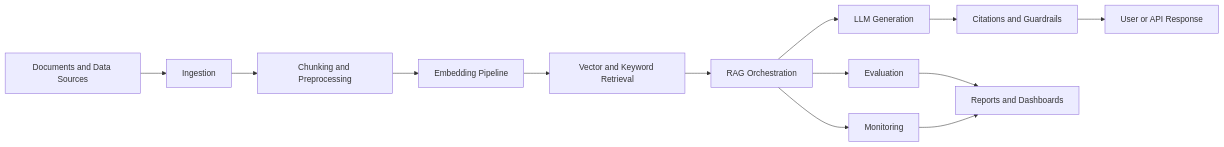
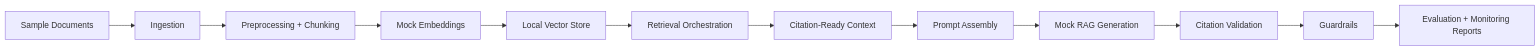
The diagram in README.md (Ibraheemolasupogit/aws-enterprise-multimodal-rag-platform), drawn with Mermaid before and after one commit. The commit also changed other lines of this file and 17 other files, not shown here.

````diff
--- a/README.md
+++ b/README.md
@@ -28,15 +32,14 @@
 ```mermaid
 flowchart LR
-    A[Documents and Data Sources] --> B[Ingestion]
-    B --> C[Chunking and Preprocessing]
-    C --> D[Embedding Pipeline]
-    D --> E[Vector and Keyword Retrieval]
-    E --> F[RAG Orchestration]
-    F --> G[LLM Generation]
-    G --> H[Citations and Guardrails]
-    H --> I[User or API Response]
-    F --> J[Evaluation]
-    F --> K[Monitoring]
-    J --> L[Reports and Dashboards]
-    K --> L
+    A[Sample Documents] --> B[Ingestion]
+    B --> C[Preprocessing + Chunking]
+    C --> D[Mock Embeddings]
+    D --> E[Local Vector Store]
+    E --> F[Retrieval Orchestration]
+    F --> G[Citation-Ready Context]
+    G --> H[Prompt Assembly]
+    H --> I[Mock RAG Generation]
+    I --> J[Citation Validation]
+    J --> K[Guardrails]
+    K --> L[Evaluation + Monitoring Reports]
 ```
````
